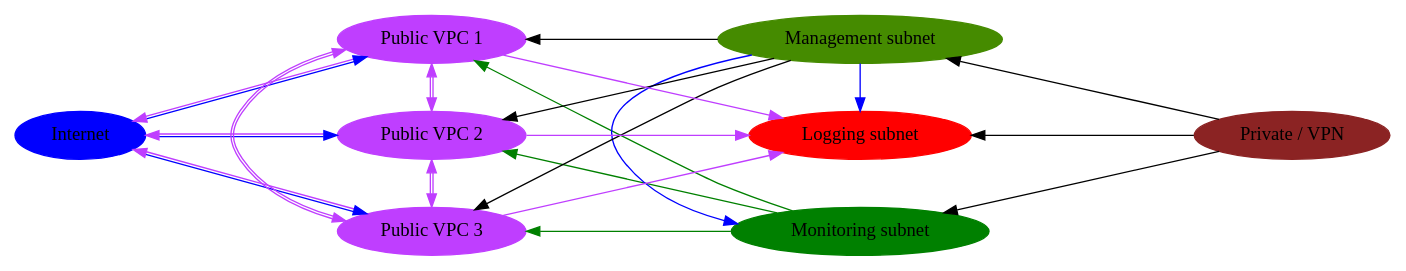
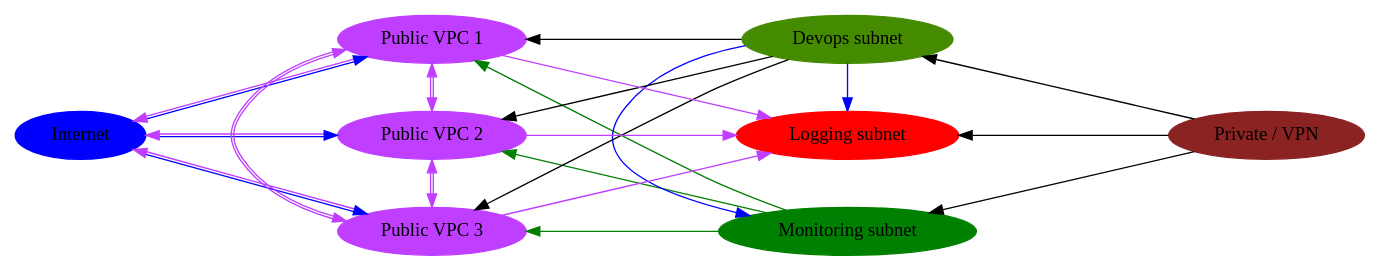
The diagram in docs/overall_layout.dot (jpancoast/cloudsetup), drawn with Graphviz before and after one commit. The commit also changed 2 other files, not shown here.

```diff
--- a/docs/overall_layout.dot
+++ b/docs/overall_layout.dot
@@ -1,69 +1,69 @@
 digraph G {
     #http://www.graphviz.org/pdf/dotguide.pdf
     rankdir = LR
 
     Internet [ color = blue, style = filled ]
     "Monitoring subnet" [ color = green, style = filled ]
     "Logging subnet" [ color = red, style = filled ]
-    "Management subnet" [ color = "chartreuse4", style = filled ]
+    "Devops subnet" [ color = "chartreuse4", style = filled ]
 
     "Public VPC 1" [ color = "darkorchid1", style = filled ]
     "Public VPC 2" [ color = "darkorchid1", style = filled ]
     "Public VPC 3" [ color = "darkorchid1", style = filled ]
 
     "Private / VPN" [ color = "brown4", style = filled ]
 
 
     ranksep = 2.0
     nodesep = .5
 
 
     {
         rank = min;
         Internet;
     }
 
     {
         rank = same;
         "Public VPC 1"; "Public VPC 2"; "Public VPC 3";
     }
 
 
     {
         rank = same;
-        "Monitoring subnet"; "Logging subnet"; "Management subnet";
+        "Monitoring subnet"; "Logging subnet"; "Devops subnet";
     }
 
     {
         rank = max;
         "Private / VPN"
     }
 
     Internet -> "Public VPC 1" [dir=both color="blue:darkorchid1"];
     Internet -> "Public VPC 2" [dir=both color="blue:darkorchid1"];
     Internet -> "Public VPC 3" [dir=both color="blue:darkorchid1"];
 
 
     "Public VPC 1" -> "Public VPC 2" [dir=both color="darkorchid1:darkorchid1"];
     "Public VPC 1" -> "Public VPC 3" [dir=both color="darkorchid1:darkorchid1"];
     "Public VPC 2" -> "Public VPC 3" [dir=both color="darkorchid1:darkorchid1"];
 
-    "Management subnet" -> "Monitoring subnet" [ color="blue" ];
-    "Management subnet" -> "Logging subnet" [ color="blue" ];
+    "Devops subnet" -> "Monitoring subnet" [ color="blue" ];
+    "Devops subnet" -> "Logging subnet" [ color="blue" ];
 
     "Private / VPN" -> "Monitoring subnet"
     "Private / VPN" -> "Logging subnet"
-    "Private / VPN" -> "Management subnet"
+    "Private / VPN" -> "Devops subnet"
 
-    "Management subnet" -> "Public VPC 1"
-    "Management subnet" -> "Public VPC 2"
-    "Management subnet" -> "Public VPC 3"
+    "Devops subnet" -> "Public VPC 1"
+    "Devops subnet" -> "Public VPC 2"
+    "Devops subnet" -> "Public VPC 3"
 
     "Monitoring subnet" -> "Public VPC 1" [ color="green"];
     "Monitoring subnet" -> "Public VPC 2" [ color="green"];
     "Monitoring subnet" -> "Public VPC 3" [ color="green"];
 
     "Public VPC 1" -> "Logging subnet" [ color = "darkorchid1" ];
     "Public VPC 2" -> "Logging subnet" [ color = "darkorchid1" ];
     "Public VPC 3" -> "Logging subnet" [ color = "darkorchid1" ];
 }
```
